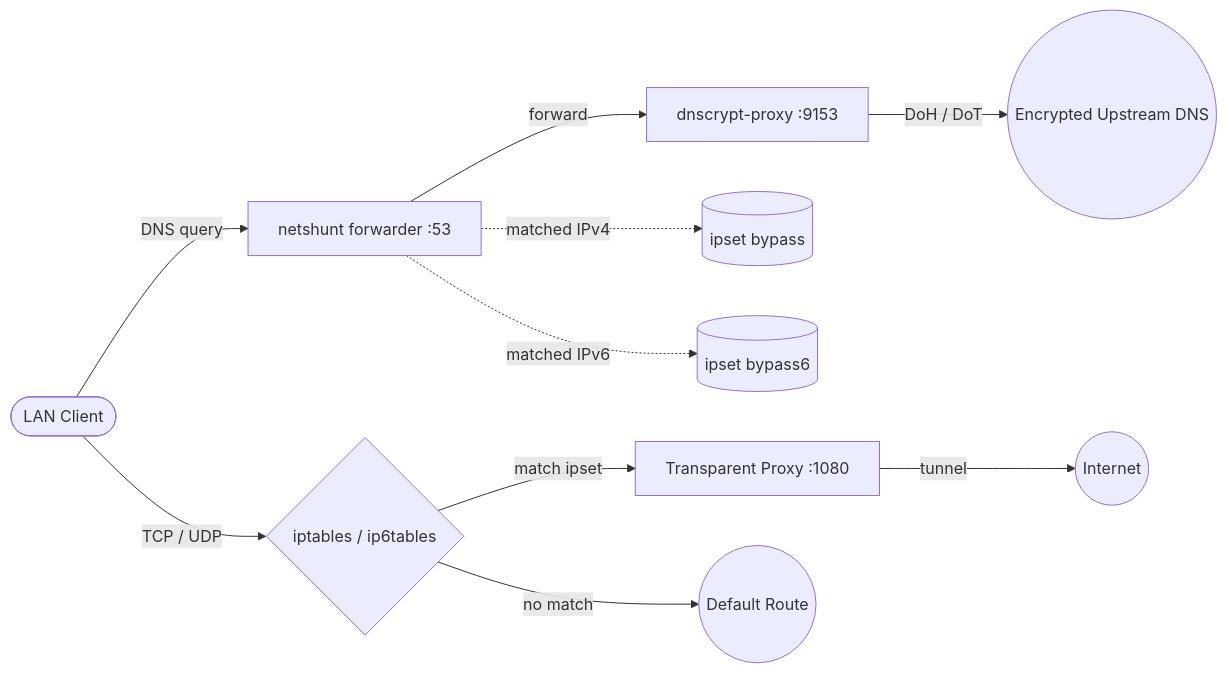
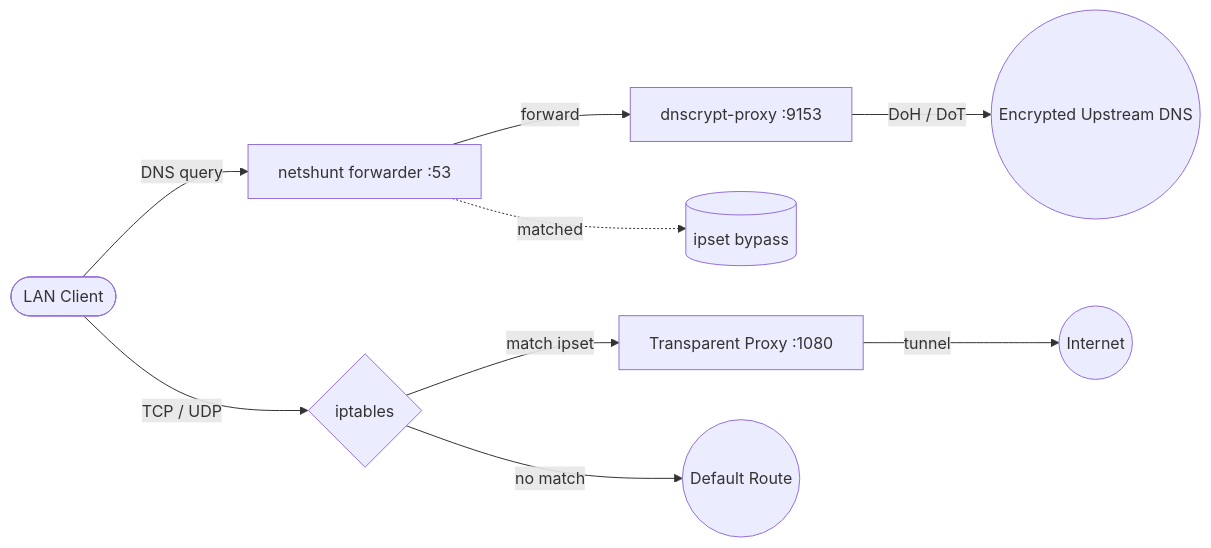
Before and after one commit to egorlepa/netshunt: the diagram in README.md, drawn with Mermaid. The commit also changed other lines of this file and 1 other file, not shown here.

Commit message:
bump 1.3.0

````diff
--- a/README.md
+++ b/README.md
@@ -22,14 +22,13 @@
 ```mermaid
 flowchart LR
     Client([LAN Client])
     Client -->|DNS query| forwarder[netshunt forwarder :53]
     forwarder -->|forward| dnscrypt[dnscrypt-proxy :9153]
     dnscrypt -->|DoH / DoT| upstream((Encrypted Upstream DNS))
-    forwarder -.->|matched IPv4| ipset4[(ipset bypass)]
-    forwarder -.->|matched IPv6| ipset6[(ipset bypass6)]
+    forwarder -.->|matched| ipset4[(ipset bypass)]
 
-    Client -->|TCP / UDP| iptables{iptables / ip6tables}
+    Client -->|TCP / UDP| iptables{iptables}
     iptables -->|match ipset| proxy[Transparent Proxy :1080]
     iptables -->|no match| direct((Default Route))
     proxy -->|tunnel| internet((Internet))
 ```
````
